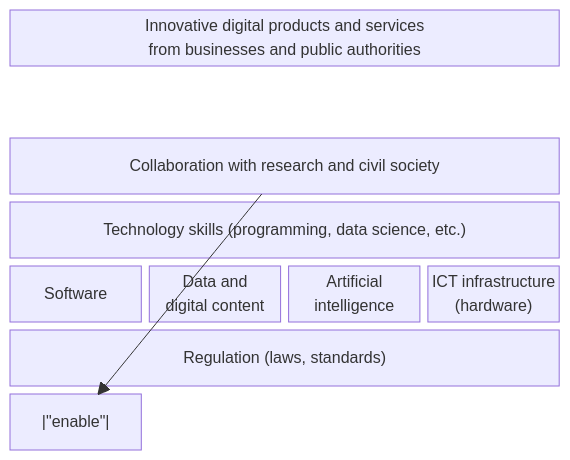
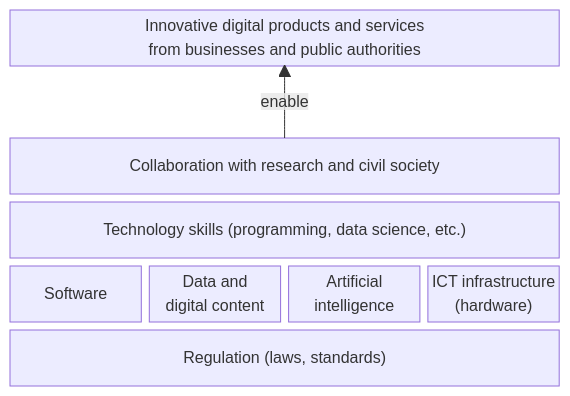
Before and after one commit to 736-c41-2c1-e464fc974/opensource-guidelines: the first of 5 diagrams in docs/em002-7.adoc, drawn with Mermaid. The commit also changed other lines of this file, not shown here.

First line of the commit message:
Point the sovereignty arrow back at the roof

```diff
--- a/docs/em002-7.adoc
+++ b/docs/em002-7.adoc
@@ -161,12 +163,12 @@
 [mermaid,align="center",alt="Schematic representation of the aspects of digital sovereignty enabling the provision of innovative products and services"]
 ....
 block-beta
   columns 4
   Roof["Innovative digital products and services<br/>from businesses and public authorities"]:4
   space:4
   Collab["Collaboration with research and civil society"]:4
   Skills["Technology skills (programming, data science, etc.)"]:4
   SW["Software"] Data["Data and<br/>digital content"] AI["Artificial<br/>intelligence"] Infra["ICT infrastructure<br/>(hardware)"]
   Reg["Regulation (laws, standards)"]:4
-  Collab -->|"enable"| Roof
+  Collab-- "enable" -->Roof
 ....
```
